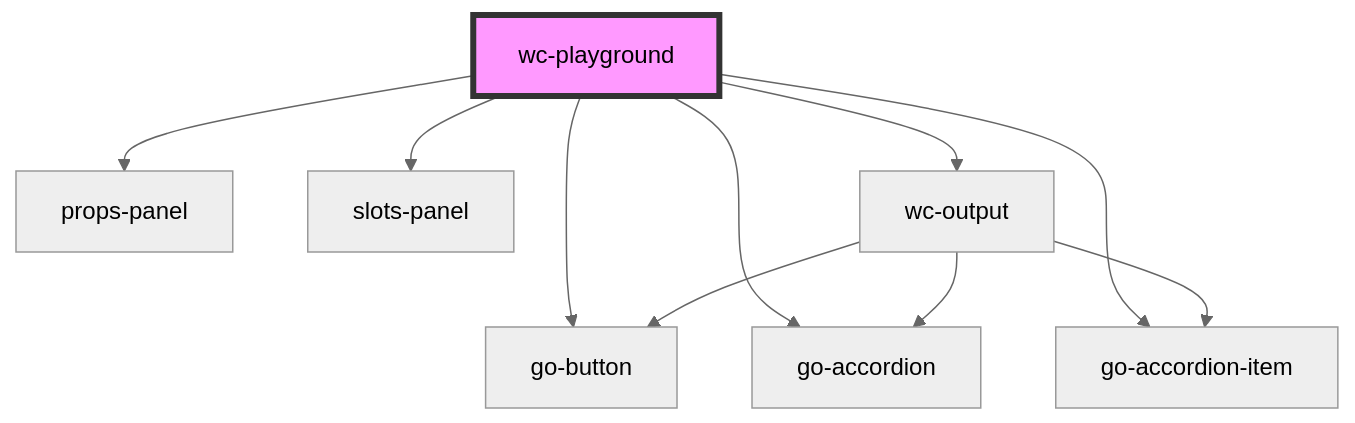
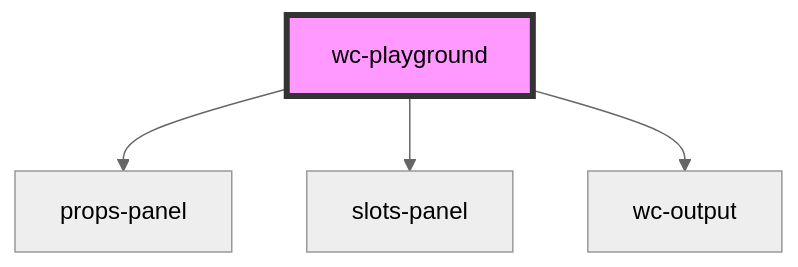
One commit to getgoui/go-ui changed the diagram in packages/docsite-utils/src/components/demo-components/demo-playground/readme.md. Above: the diagram before and after it, drawn with Mermaid (neutral theme). The commit also changed other lines of this file and 6 other files, not shown here.

````diff
--- a/packages/docsite-utils/src/components/demo-components/demo-playground/readme.md
+++ b/packages/docsite-utils/src/components/demo-components/demo-playground/readme.md
@@ -36,13 +33,7 @@
 ```mermaid
 graph TD;
-  wc-playground --> go-button
-  wc-playground --> go-accordion
-  wc-playground --> go-accordion-item
   wc-playground --> props-panel
   wc-playground --> slots-panel
   wc-playground --> wc-output
-  wc-output --> go-accordion
-  wc-output --> go-accordion-item
-  wc-output --> go-button
   style wc-playground fill:#f9f,stroke:#333,stroke-width:4px
 ```
````
